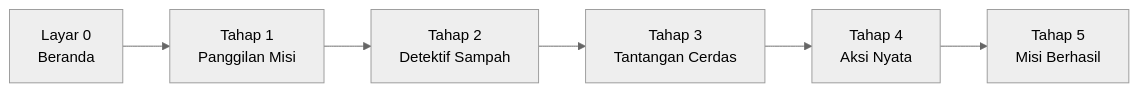
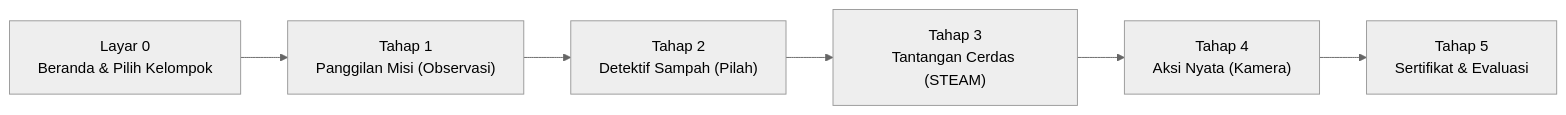
Before and after one commit to bud1purwanto/Misi-Cilik-Games-Edukasi: the diagram in docs/01_rules/game_rules.md, drawn with Mermaid (neutral theme). The commit also changed other lines of this file and 7 other files, not shown here.

````diff
--- a/docs/01_rules/game_rules.md
+++ b/docs/01_rules/game_rules.md
@@ -11,8 +19,8 @@
 ```mermaid
 graph LR
-    L0["Layar 0<br>Beranda"] --> L1["Tahap 1<br>Panggilan Misi"]
-    L1 --> L2["Tahap 2<br>Detektif Sampah"]
-    L2 --> L3["Tahap 3<br>Tantangan Cerdas"]
-    L3 --> L4["Tahap 4<br>Aksi Nyata"]
-    L4 --> L5["Tahap 5<br>Misi Berhasil"]
+    L0["Layar 0<br>Beranda & Pilih Kelompok"] --> L1["Tahap 1<br>Panggilan Misi (Observasi)"]
+    L1 --> L2["Tahap 2<br>Detektif Sampah (Pilah)"]
+    L2 --> L3["Tahap 3<br>Tantangan Cerdas (STEAM)"]
+    L3 --> L4["Tahap 4<br>Aksi Nyata (Kamera)"]
+    L4 --> L5["Tahap 5<br>Sertifikat & Evaluasi"]
 ```
````
